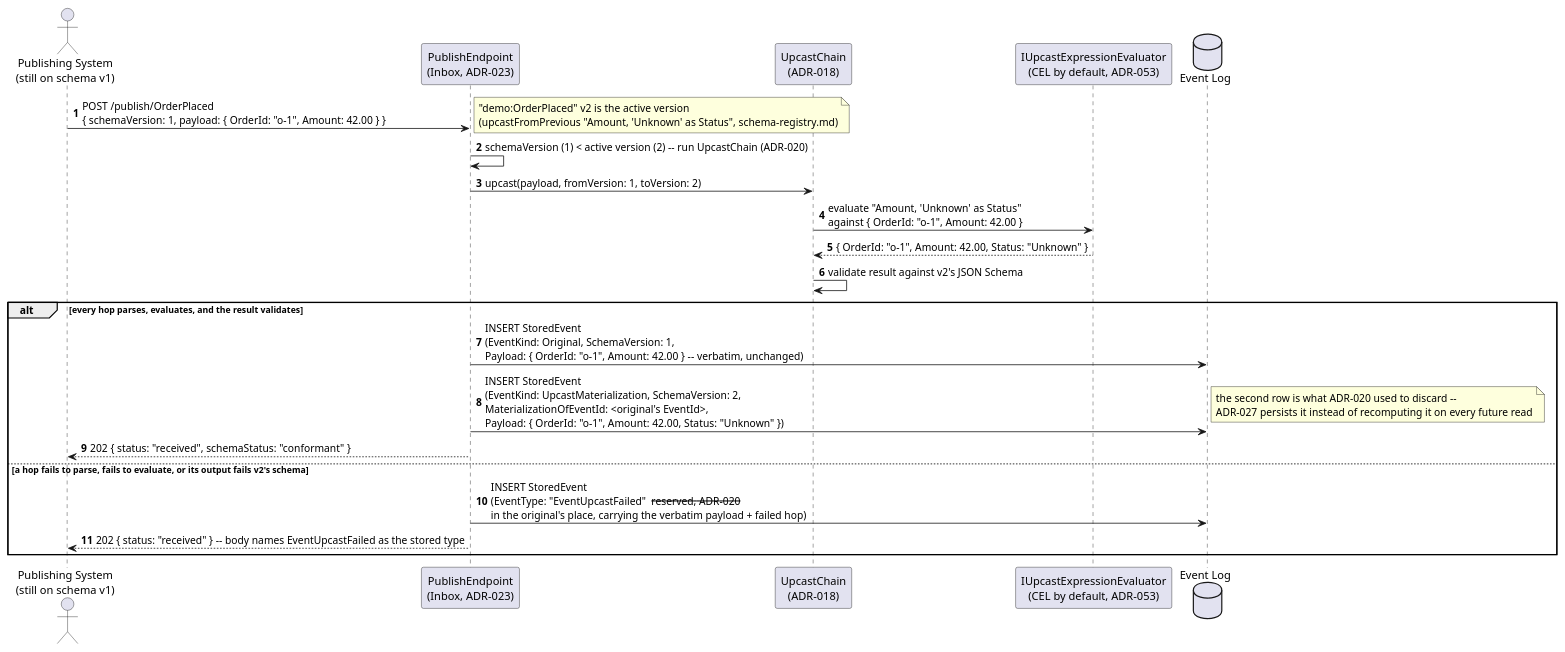
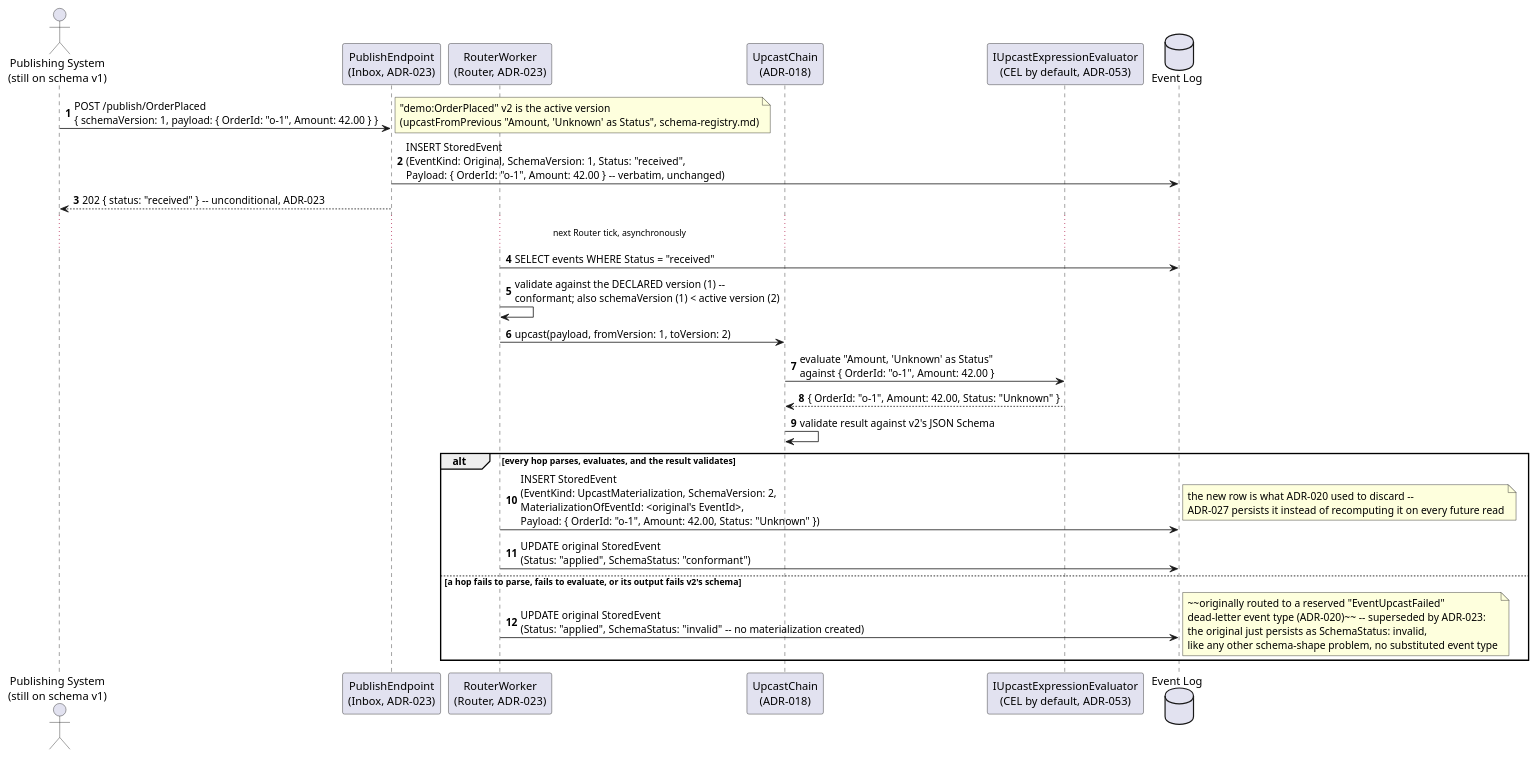
Before and after one commit to Mwwhited-BookLearning/EventSourcing: the first of 4 diagrams in docs/features/upcast-materialization-and-downcast.md, drawn with PlantUML. The commit also changed other lines of this file and 32 other files, not shown here.

First line of the commit message:
Build Upcast Materialization + Downcast (build-plan item 14)

````diff
--- a/docs/features/upcast-materialization-and-downcast.md
+++ b/docs/features/upcast-materialization-and-downcast.md
@@ -54,27 +68,31 @@
 ```plantuml
 @startuml UpcastMaterialization_PublishTime_Sequence
 autonumber
 actor "Publishing System\n(still on schema v1)" as publisher
 participant "PublishEndpoint\n(Inbox, ADR-023)" as endpoint
+participant "RouterWorker\n(Router, ADR-023)" as router
 participant "UpcastChain\n(ADR-018)" as upcastChain
 participant "IUpcastExpressionEvaluator\n(CEL by default, ADR-053)" as evaluator
 database "Event Log" as eventLog
 
 publisher -> endpoint: POST /publish/OrderPlaced\n{ schemaVersion: 1, payload: { OrderId: "o-1", Amount: 42.00 } }
 note right: "demo:OrderPlaced" v2 is the active version\n(upcastFromPrevious "Amount, 'Unknown' as Status", schema-registry.md)
-endpoint -> endpoint: schemaVersion (1) < active version (2) -- run UpcastChain (ADR-020)
-endpoint -> upcastChain: upcast(payload, fromVersion: 1, toVersion: 2)
+endpoint -> eventLog: INSERT StoredEvent\n(EventKind: Original, SchemaVersion: 1, Status: "received",\nPayload: { OrderId: "o-1", Amount: 42.00 } -- verbatim, unchanged)
+endpoint --> publisher: 202 { status: "received" } -- unconditional, ADR-023
+...next Router tick, asynchronously...
+router -> eventLog: SELECT events WHERE Status = "received"
+router -> router: validate against the DECLARED version (1) --\nconformant; also schemaVersion (1) < active version (2)
+router -> upcastChain: upcast(payload, fromVersion: 1, toVersion: 2)
 upcastChain -> evaluator: evaluate "Amount, 'Unknown' as Status"\nagainst { OrderId: "o-1", Amount: 42.00 }
 evaluator --> upcastChain: { OrderId: "o-1", Amount: 42.00, Status: "Unknown" }
 upcastChain -> upcastChain: validate result against v2's JSON Schema
 alt every hop parses, evaluates, and the result validates
-  endpoint -> eventLog: INSERT StoredEvent\n(EventKind: Original, SchemaVersion: 1,\nPayload: { OrderId: "o-1", Amount: 42.00 } -- verbatim, unchanged)
-  endpoint -> eventLog: INSERT StoredEvent\n(EventKind: UpcastMaterialization, SchemaVersion: 2,\nMaterializationOfEventId: <original's EventId>,\nPayload: { OrderId: "o-1", Amount: 42.00, Status: "Unknown" })
-  note right: the second row is what ADR-020 used to discard --\nADR-027 persists it instead of recomputing it on every future read
-  endpoint --> publisher: 202 { status: "received", schemaStatus: "conformant" }
+  router -> eventLog: INSERT StoredEvent\n(EventKind: UpcastMaterialization, SchemaVersion: 2,\nMaterializationOfEventId: <original's EventId>,\nPayload: { OrderId: "o-1", Amount: 42.00, Status: "Unknown" })
+  note right: the new row is what ADR-020 used to discard --\nADR-027 persists it instead of recomputing it on every future read
+  router -> eventLog: UPDATE original StoredEvent\n(Status: "applied", SchemaStatus: "conformant")
 else a hop fails to parse, fails to evaluate, or its output fails v2's schema
-  endpoint -> eventLog: INSERT StoredEvent\n(EventType: "EventUpcastFailed" -- reserved, ADR-020 --\nin the original's place, carrying the verbatim payload + failed hop)
-  endpoint --> publisher: 202 { status: "received" } -- body names EventUpcastFailed as the stored type
+  router -> eventLog: UPDATE original StoredEvent\n(Status: "applied", SchemaStatus: "invalid" -- no materialization created)
+  note right: ~~originally routed to a reserved "EventUpcastFailed"\ndead-letter event type (ADR-020)~~ -- superseded by ADR-023:\nthe original just persists as SchemaStatus: invalid,\nlike any other schema-shape problem, no substituted event type
 end
 @enduml
 ```
````
